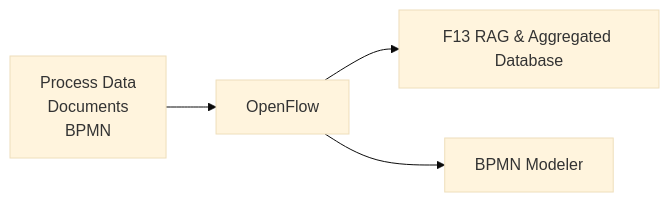
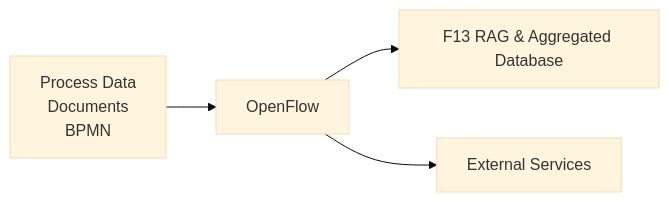
Before and after one commit to vensas/govtech-hackathon-2025-openflow: the second of 4 diagrams in demo/openflow-presentation/slides.md, drawn with Mermaid (base theme). The commit also changed other lines of this file and 3 other files, not shown here.

````diff
--- a/demo/openflow-presentation/slides.md
+++ b/demo/openflow-presentation/slides.md
@@ -130,11 +137,11 @@
 ```mermaid
 flowchart LR
     A[Process Data<br/>Documents<br/>BPMN]
     B[OpenFlow]
     C[F13 RAG & Aggregated Database]
-    D[BPMN Modeler]
+    D[External Services]
 
     A --> B
     B --> C
     B --> D
 ```
````
